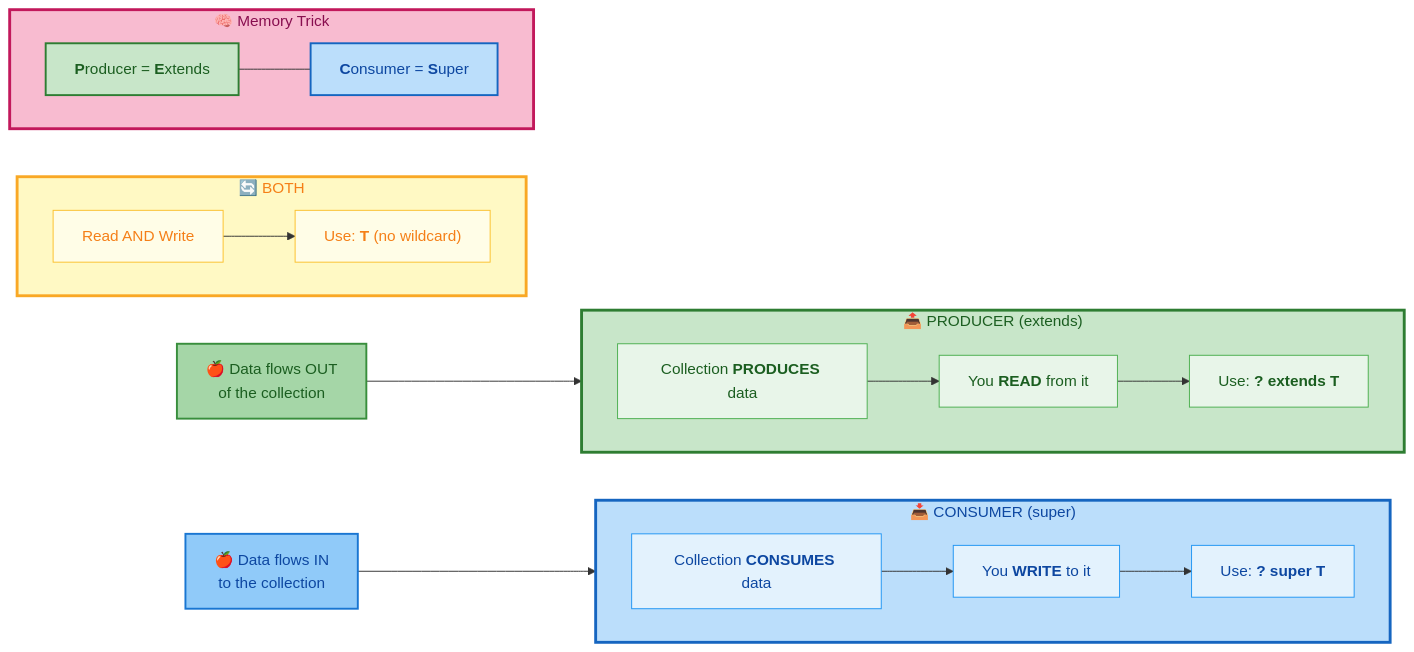
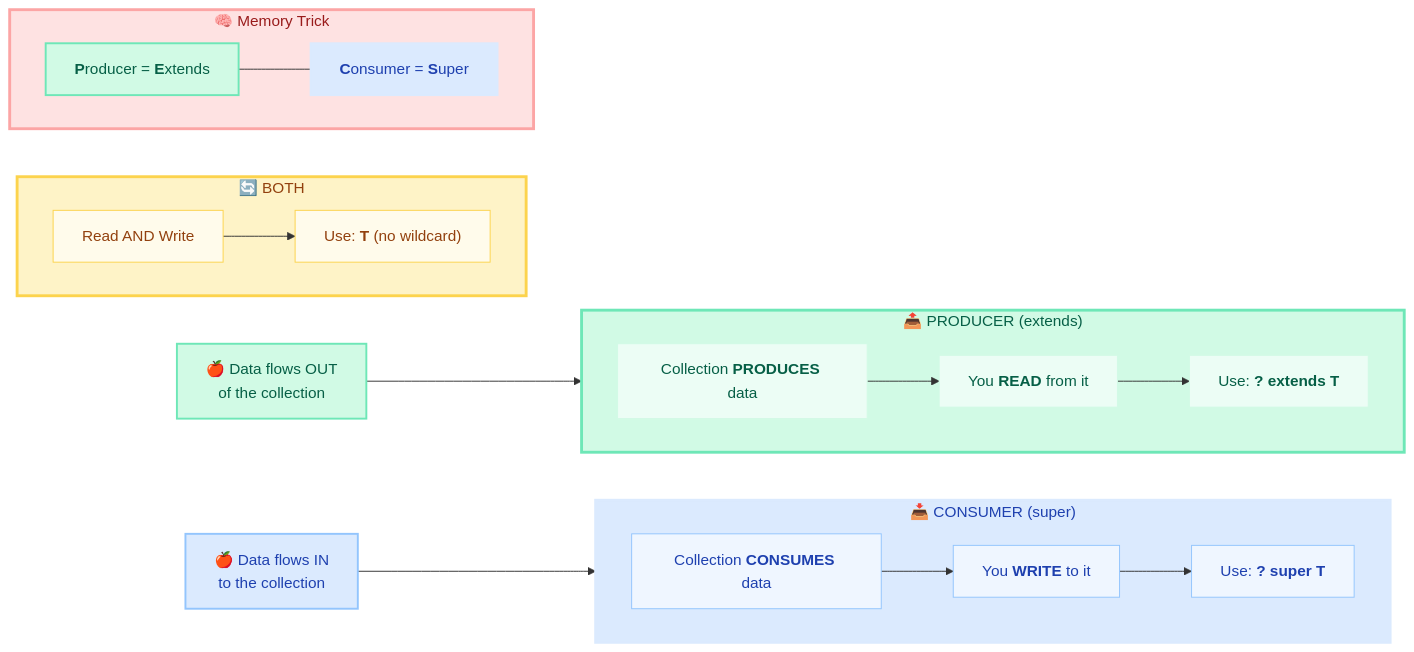
Before and after one commit to saivamsikaruturi/vamsilabs-dev-notes-main: the third of 5 diagrams in docs/java/Generics.md, drawn with Mermaid. The commit also changed other lines of this file and 220 other files, not shown here.

First line of the commit message:
Add 50+ new Java/Spring Boot pages, rewrite CSS code blocks to Oracle style, fix all diagram colors

````diff
--- a/docs/java/Generics.md
+++ b/docs/java/Generics.md
@@ -249,52 +249,52 @@
 ```mermaid
 flowchart LR
     subgraph PRODUCER["📤 PRODUCER (extends)"]
         direction LR
         P1["Collection<b> PRODUCES </b>data"]
         P2["You <b>READ</b> from it"]
         P3["Use: <b>? extends T</b>"]
         P1 --> P2 --> P3
     end
 
     subgraph CONSUMER["📥 CONSUMER (super)"]
         direction LR
         C1["Collection <b>CONSUMES</b> data"]
         C2["You <b>WRITE</b> to it"]
         C3["Use: <b>? super T</b>"]
         C1 --> C2 --> C3
     end
 
     subgraph BOTH["🔄 BOTH"]
         direction LR
         B1["Read AND Write"]
         B2["Use: <b>T</b> (no wildcard)"]
         B1 --> B2
     end
 
     DATA_OUT["🍎 Data flows OUT<br/>of the collection"] --> PRODUCER
     DATA_IN["🍎 Data flows IN<br/>to the collection"] --> CONSUMER
 
     subgraph MNEMONIC["🧠 Memory Trick"]
         direction LR
         M1["<b>P</b>roducer = <b>E</b>xtends"]
         M2["<b>C</b>onsumer = <b>S</b>uper"]
         M1 --- M2
     end
 
-    style PRODUCER fill:#C8E6C9,stroke:#2E7D32,stroke-width:3px,color:#1B5E20
-    style CONSUMER fill:#BBDEFB,stroke:#1565C0,stroke-width:3px,color:#0D47A1
-    style BOTH fill:#FFF9C4,stroke:#F9A825,stroke-width:3px,color:#F57F17
-    style DATA_OUT fill:#A5D6A7,stroke:#388E3C,stroke-width:2px,color:#1B5E20
-    style DATA_IN fill:#90CAF9,stroke:#1976D2,stroke-width:2px,color:#0D47A1
-    style MNEMONIC fill:#F8BBD0,stroke:#C2185B,stroke-width:3px,color:#880E4F
-    style M1 fill:#C8E6C9,stroke:#2E7D32,stroke-width:2px,color:#1B5E20
-    style M2 fill:#BBDEFB,stroke:#1565C0,stroke-width:2px,color:#0D47A1
-    style P1 fill:#E8F5E9,stroke:#4CAF50,color:#1B5E20
-    style P2 fill:#E8F5E9,stroke:#4CAF50,color:#1B5E20
-    style P3 fill:#E8F5E9,stroke:#4CAF50,color:#1B5E20
-    style C1 fill:#E3F2FD,stroke:#2196F3,color:#0D47A1
-    style C2 fill:#E3F2FD,stroke:#2196F3,color:#0D47A1
-    style C3 fill:#E3F2FD,stroke:#2196F3,color:#0D47A1
-    style B1 fill:#FFFDE7,stroke:#FBC02D,color:#F57F17
-    style B2 fill:#FFFDE7,stroke:#FBC02D,color:#F57F17
+    style PRODUCER fill:#D1FAE5,stroke:#6EE7B7,stroke-width:3px,color:#065F46
+    style CONSUMER fill:#DBEAFE,stroke:#DBEAFE,stroke-width:3px,color:#1E40AF
+    style BOTH fill:#FEF3C7,stroke:#FCD34D,stroke-width:3px,color:#92400E
+    style DATA_OUT fill:#D1FAE5,stroke:#6EE7B7,stroke-width:2px,color:#065F46
+    style DATA_IN fill:#DBEAFE,stroke:#93C5FD,stroke-width:2px,color:#1E40AF
+    style MNEMONIC fill:#FEE2E2,stroke:#FCA5A5,stroke-width:3px,color:#991B1B
+    style M1 fill:#D1FAE5,stroke:#6EE7B7,stroke-width:2px,color:#065F46
+    style M2 fill:#DBEAFE,stroke:#DBEAFE,stroke-width:2px,color:#1E40AF
+    style P1 fill:#ECFDF5,stroke:#D1FAE5,color:#065F46
+    style P2 fill:#ECFDF5,stroke:#D1FAE5,color:#065F46
+    style P3 fill:#ECFDF5,stroke:#D1FAE5,color:#065F46
+    style C1 fill:#EFF6FF,stroke:#93C5FD,color:#1E40AF
+    style C2 fill:#EFF6FF,stroke:#93C5FD,color:#1E40AF
+    style C3 fill:#EFF6FF,stroke:#93C5FD,color:#1E40AF
+    style B1 fill:#FFFBEB,stroke:#FCD34D,color:#92400E
+    style B2 fill:#FFFBEB,stroke:#FCD34D,color:#92400E
 ```
````
